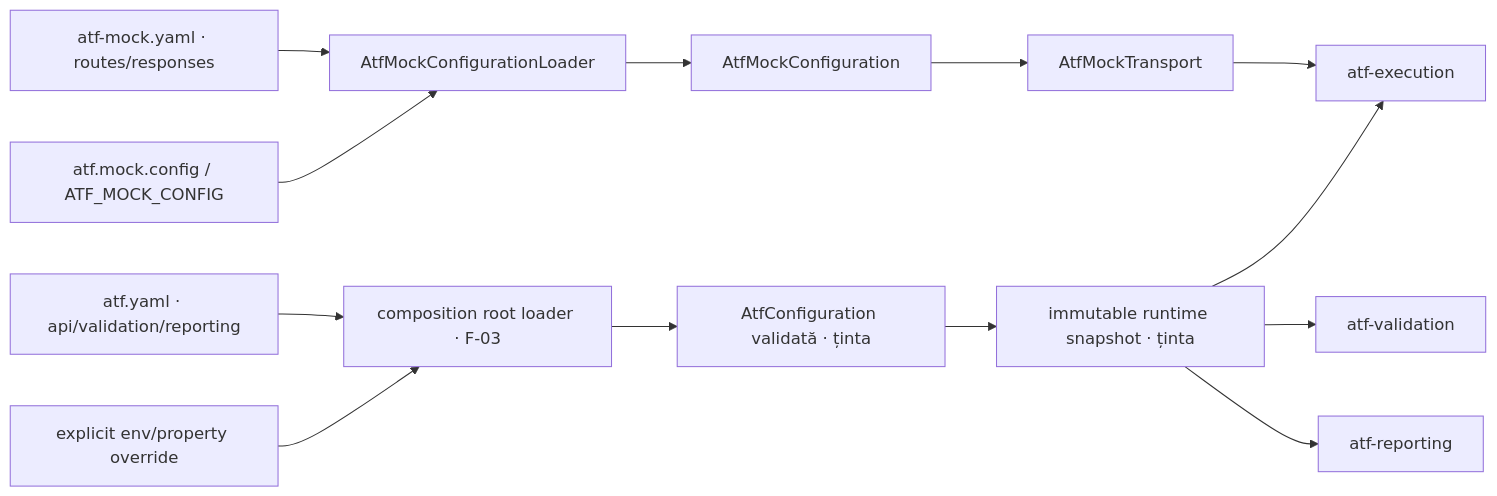
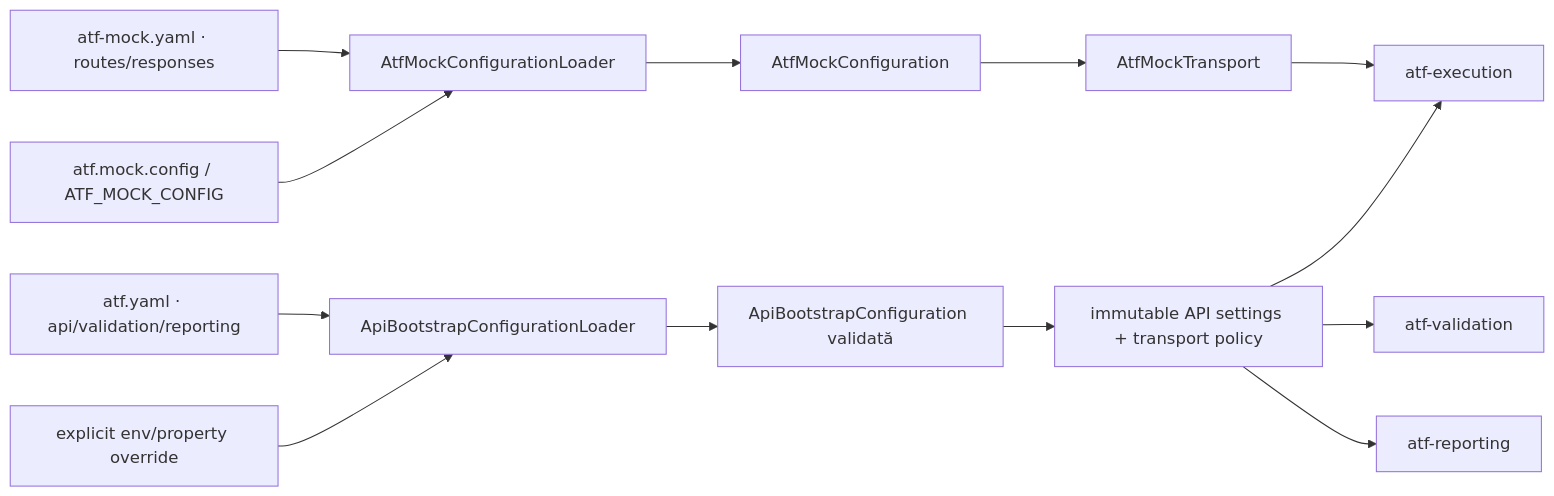
The fifth of 7 diagrams in docs/ATF_Architecture.md (crististefanita/demo2), drawn with Mermaid before and after one commit. The commit also changed other lines of this file and 385 other files, not shown here.

```diff
--- a/docs/ATF_Architecture.md
+++ b/docs/ATF_Architecture.md
@@ -179,15 +210,15 @@
 ~~~mermaid
 flowchart LR
-    General[atf.yaml · api/validation/reporting] --> Loader[composition root loader · F-03]
+    General[atf.yaml · api/validation/reporting] --> Loader[ApiBootstrapConfigurationLoader]
     MockYaml[atf-mock.yaml · routes/responses] --> MockLoader[AtfMockConfigurationLoader]
     MockOverride[atf.mock.config / ATF_MOCK_CONFIG] --> MockLoader
     Env[explicit env/property override] --> Loader
-    Loader --> Config[AtfConfiguration validată · ținta]
-    Config --> Snapshot[immutable runtime snapshot · ținta]
+    Loader --> Config[ApiBootstrapConfiguration validată]
+    Config --> Snapshot[immutable API settings + transport policy]
     Snapshot --> Execution[atf-execution]
     Snapshot --> Validation[atf-validation]
     Snapshot --> Reporting[atf-reporting]
     MockLoader --> MockSnapshot[AtfMockConfiguration]
     MockSnapshot --> MockTransport[AtfMockTransport]
     MockTransport --> Execution
 ~~~
```
